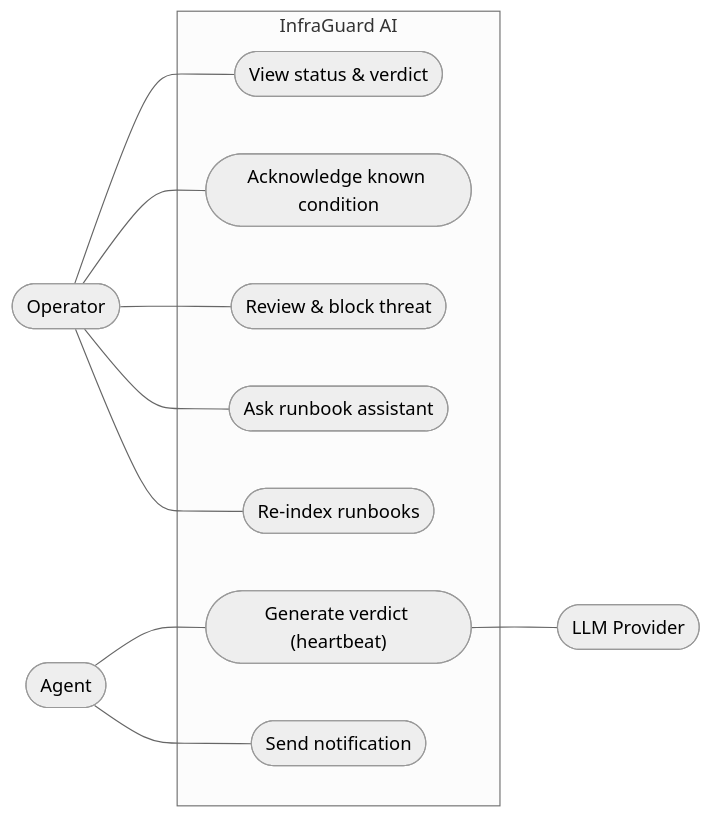
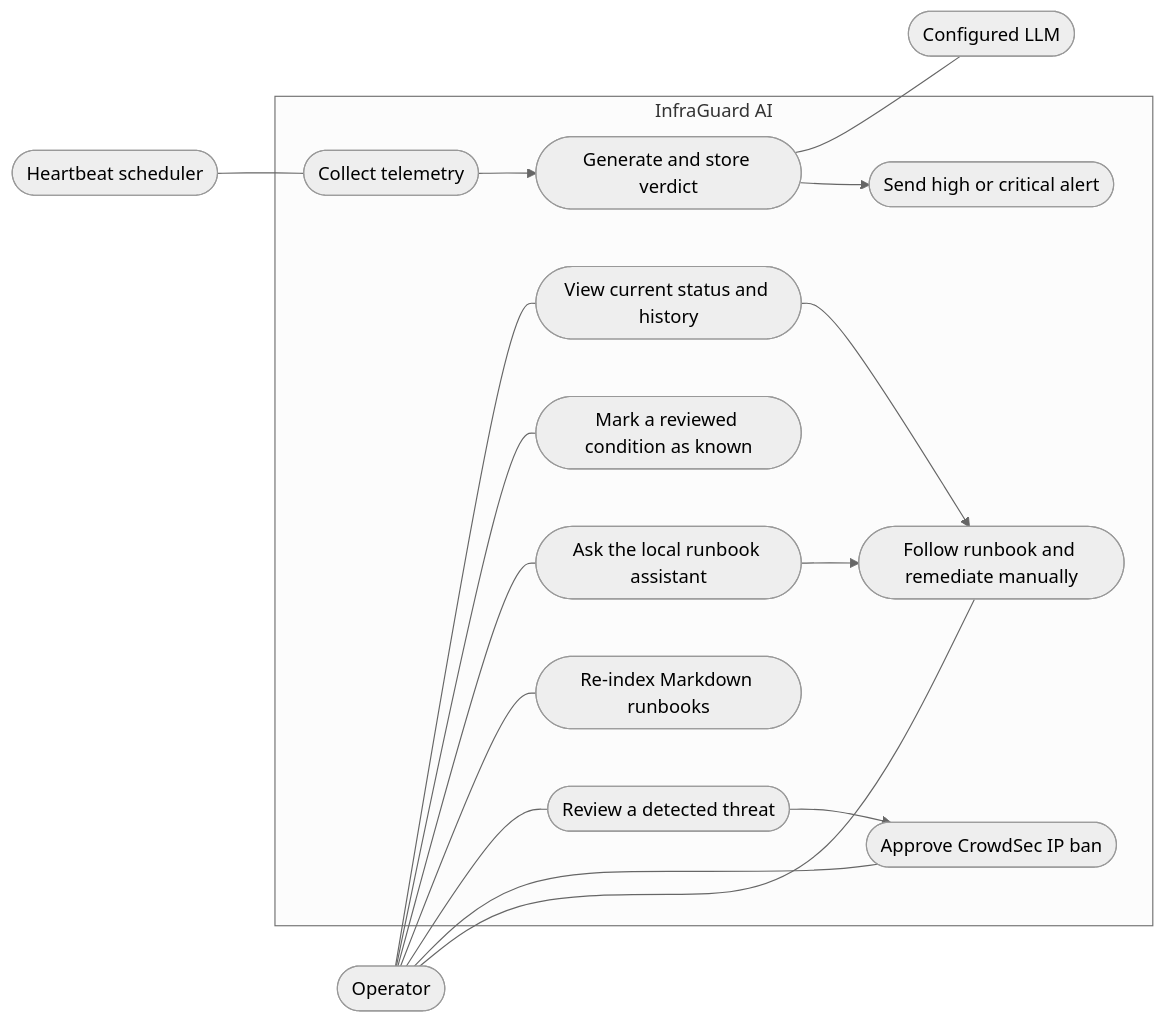
One commit to sagesta/infraguad_ai changed the diagram in docs/masters_project/figures/mermaid/fig_3_4_usecase.mmd. Above: the diagram before and after it, drawn with Mermaid (neutral theme). The commit also changed 171 other files, not shown here.

```diff
--- a/docs/masters_project/figures/mermaid/fig_3_4_usecase.mmd
+++ b/docs/masters_project/figures/mermaid/fig_3_4_usecase.mmd
@@ -1,27 +1,37 @@
-%% Figure 3.4 — Use-Case Diagram (Operator and Agent)
-%% Appears in: Chapter 3, Section 3.4.2 (Use-Case Model)
+%% Figure 3.4 — Use-Case Diagram
+%% Appears in: Chapter 3, Use-Case Model
 %% Render to: ../fig_3_4_usecase.png
-%% NOTE: Mermaid has no native UML use-case diagram — this is a flowchart
-%% approximation. For proper use-case ovals and stick-figure actors, use the
-%% companion file fig_3_4_usecase.drawio instead.
+%% Mermaid approximates UML use-case notation. Use the companion draw.io source
+%% when strict stick-figure and ellipse notation is required.
 flowchart LR
   OP(["Operator"])
-  AG(["Agent"])
-  LLM(["LLM Provider"])
-  subgraph SYS["InfraGuard AI"]
-    UC1(["View status & verdict"])
-    UC2(["Acknowledge known condition"])
-    UC3(["Review & block threat"])
-    UC4(["Ask runbook assistant"])
-    UC5(["Re-index runbooks"])
-    UC6(["Generate verdict (heartbeat)"])
-    UC7(["Send notification"])
+  TIMER(["Heartbeat scheduler"])
+  LLM(["Configured LLM"])
+
+  subgraph SYSTEM["InfraGuard AI"]
+    VIEW(["View current status and history"])
+    ACK(["Mark a reviewed condition as known"])
+    ASK(["Ask the local runbook assistant"])
+    INDEX(["Re-index Markdown runbooks"])
+    THREAT(["Review a detected threat"])
+    BAN(["Approve CrowdSec IP ban"])
+    COLLECT(["Collect telemetry"])
+    VERDICT(["Generate and store verdict"])
+    ALERT(["Send high or critical alert"])
+    MANUAL(["Follow runbook and remediate manually"])
   end
-  OP --- UC1
-  OP --- UC2
-  OP --- UC3
-  OP --- UC4
-  OP --- UC5
-  AG --- UC6
-  AG --- UC7
-  UC6 --- LLM
+
+  OP --- VIEW
+  OP --- ACK
+  OP --- ASK
+  OP --- INDEX
+  OP --- THREAT
+  OP --- BAN
+  OP --- MANUAL
+  TIMER --- COLLECT
+  COLLECT --> VERDICT
+  VERDICT --- LLM
+  VERDICT --> ALERT
+  VIEW --> MANUAL
+  ASK --> MANUAL
+  THREAT --> BAN
```
